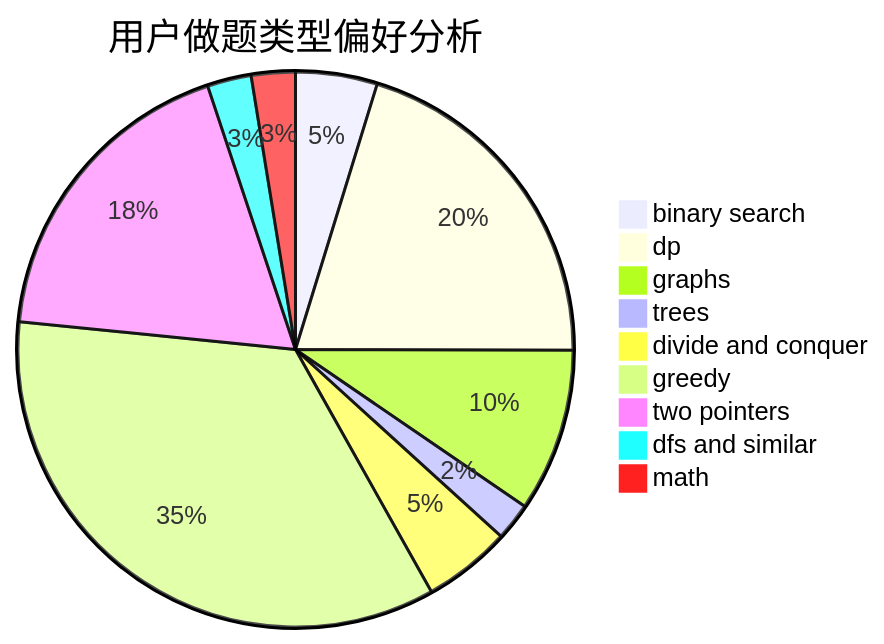
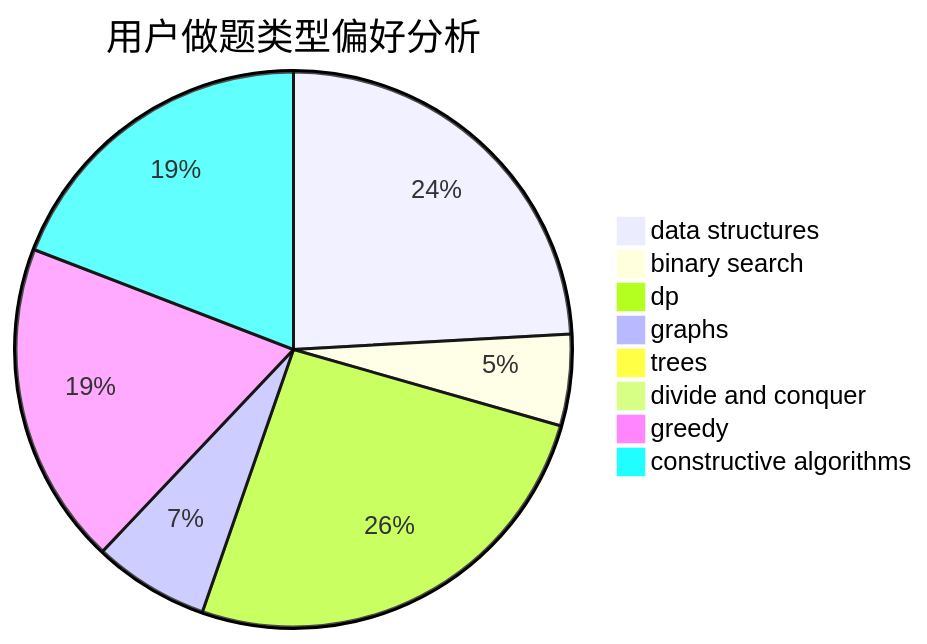
One commit to sherpahu/cfrs.github.io changed the second of 3 diagrams in docs/user/u2351.md. Above: the diagram before and after it, drawn with Mermaid. The commit also changed other lines of this file and 2775 other files, not shown here.

````diff
--- a/docs/user/u2351.md
+++ b/docs/user/u2351.md
@@ -23,12 +23,11 @@
 ```mermaid
 pie title 用户做题类型偏好分析
-    "binary search" :  26
-    "dp" :  111
-    "graphs" :  52
-    "trees" :  12
-    "divide and conquer" :  28
-    "greedy" :  190
-    "two pointers" :  100
-    "dfs and similar" :  14
-    "math" :  14
+    "data structures" :  68
+    "binary search" :  15
+    "dp" :  73
+    "graphs" :  19
+    "trees" :  0
+    "divide and conquer" :  0
+    "greedy" :  53
+    "constructive algorithms" :  54
 ```
````
